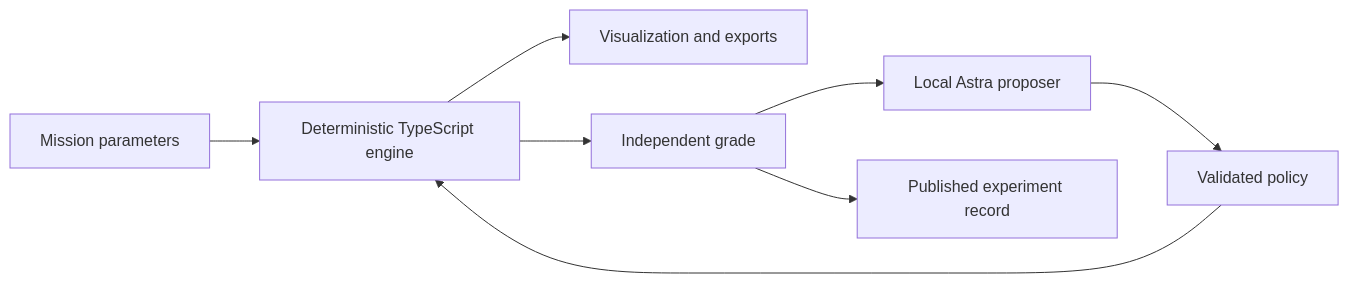
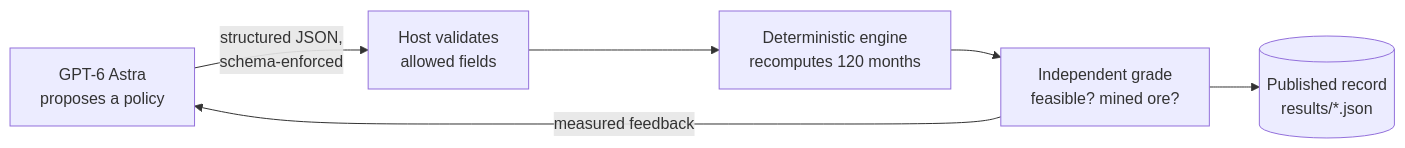
One commit to vnmoorthy/starbound changed the first of 2 diagrams in README.md. Above: the diagram before and after it, drawn with Mermaid. The commit also changed other lines of this file, not shown here.

Commit message:
Rewrite README: lead with the physics that pushes back, the honest Astra tie, and a sixty-second tour

````diff
--- a/README.md
+++ b/README.md
@@ -137,10 +85,8 @@
 ```mermaid
 flowchart LR
-  Parameters[Mission parameters] --> Engine[Deterministic TypeScript engine]
-  Engine --> UI[Visualization and exports]
-  Astra[Local Astra proposer] --> Policy[Validated policy]
-  Policy --> Engine
-  Engine --> Grade[Independent grade]
-  Grade --> Astra
-  Grade --> Record[Published experiment record]
+  Astra[GPT-6 Astra<br/>proposes a policy] -->|structured JSON,<br/>schema-enforced| Validate[Host validates<br/>allowed fields]
+  Validate --> Engine[Deterministic engine<br/>recomputes 120 months]
+  Engine --> Grade[Independent grade<br/>feasible? mined ore?]
+  Grade -->|measured feedback| Astra
+  Grade --> Record[(Published record<br/>results/*.json)]
 ```
````
